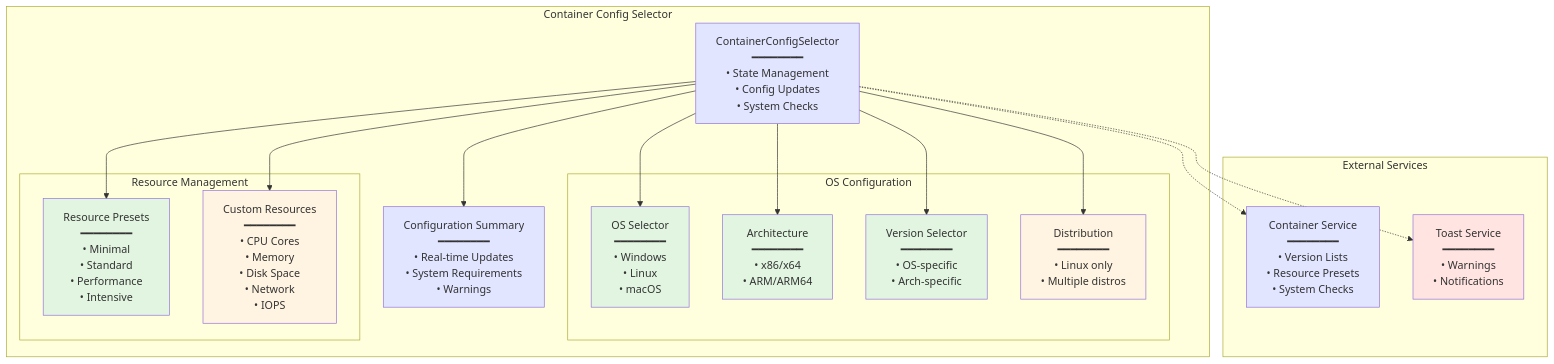
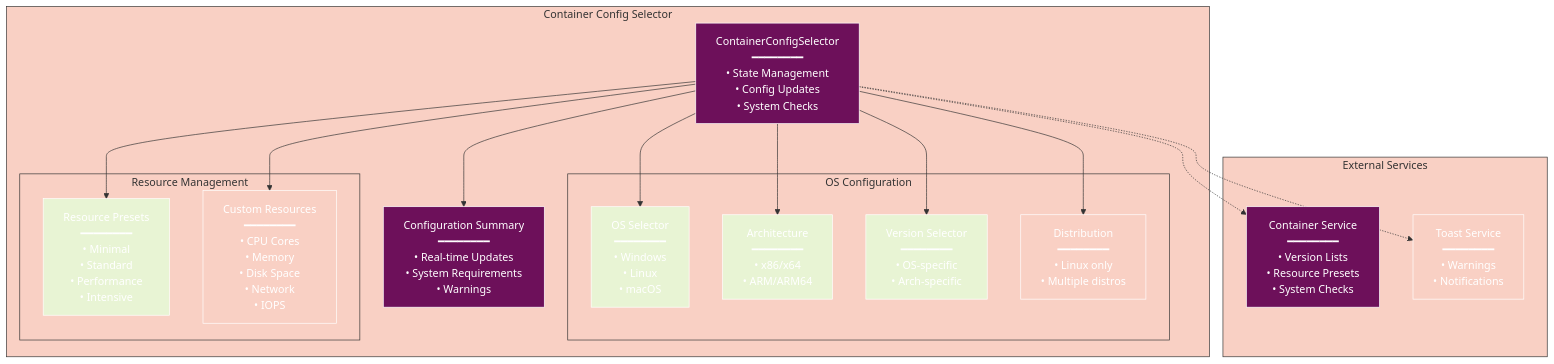
The first of 10 diagrams in docs/components/CONTAINER_CONFIG_SELECTOR.md (radicalkjax/Athena), drawn with Mermaid before and after one commit. The commit also changed other lines of this file and 27 other files, not shown here.

Commit message:
Introduction of expo package manager. Updated docs to reflect changes. Unified mermaid theme for docs.

````diff
--- a/docs/components/CONTAINER_CONFIG_SELECTOR.md
+++ b/docs/components/CONTAINER_CONFIG_SELECTOR.md
@@ -7,47 +7,68 @@
 ```mermaid
+%%{init: {
+  'theme': 'base',
+  'themeVariables': {
+    'primaryColor': '#6d105a',
+    'primaryTextColor': '#ffffff',
+    'primaryBorderColor': '#ffffff',
+    'lineColor': '#333333',
+    'secondaryColor': '#e8f4d4',
+    'secondaryTextColor': '#333333',
+    'secondaryBorderColor': '#333333',
+    'tertiaryColor': '#f9d0c4',
+    'tertiaryTextColor': '#333333',
+    'tertiaryBorderColor': '#333333',
+    'background': '#ffffff',
+    'mainBkg': '#6d105a',
+    'secondBkg': '#e8f4d4',
+    'tertiaryBkg': '#f9d0c4',
+    'textColor': '#333333',
+    'fontFamily': 'Arial, sans-serif'
+  }
+}}%%
 graph TB
     subgraph "Container Config Selector"
         CCS[ContainerConfigSelector<br/>━━━━━━━━<br/>• State Management<br/>• Config Updates<br/>• System Checks]
         
         subgraph "OS Configuration"
             OS[OS Selector<br/>━━━━━━━━<br/>• Windows<br/>• Linux<br/>• macOS]
             ARCH[Architecture<br/>━━━━━━━━<br/>• x86/x64<br/>• ARM/ARM64]
             VER[Version Selector<br/>━━━━━━━━<br/>• OS-specific<br/>• Arch-specific]
             DIST[Distribution<br/>━━━━━━━━<br/>• Linux only<br/>• Multiple distros]
         end
         
         subgraph "Resource Management"
             PRESET[Resource Presets<br/>━━━━━━━━<br/>• Minimal<br/>• Standard<br/>• Performance<br/>• Intensive]
             CUSTOM[Custom Resources<br/>━━━━━━━━<br/>• CPU Cores<br/>• Memory<br/>• Disk Space<br/>• Network<br/>• IOPS]
         end
         
         SUMMARY[Configuration Summary<br/>━━━━━━━━<br/>• Real-time Updates<br/>• System Requirements<br/>• Warnings]
     end
     
     subgraph "External Services"
         CS[Container Service<br/>━━━━━━━━<br/>• Version Lists<br/>• Resource Presets<br/>• System Checks]
         TOAST[Toast Service<br/>━━━━━━━━<br/>• Warnings<br/>• Notifications]
     end
     
     CCS --> OS
     CCS --> ARCH
     CCS --> VER
     CCS --> DIST
     CCS --> PRESET
     CCS --> CUSTOM
     CCS --> SUMMARY
     
     CCS -.-> CS
     CCS -.-> TOAST
     
-    style CCS fill:#e1e5ff
-    style OS fill:#e1f5e1
-    style ARCH fill:#e1f5e1
-    style VER fill:#e1f5e1
-    style DIST fill:#fff4e1
-    style PRESET fill:#e1f5e1
-    style CUSTOM fill:#fff4e1
-    style SUMMARY fill:#e1e5ff
-    style CS fill:#e1e5ff
-    style TOAST fill:#ffe4e1
+    style CCS fill:#6d105a
+    style OS fill:#e8f4d4
+    style ARCH fill:#e8f4d4
+    style VER fill:#e8f4d4
+    style DIST fill:#f9d0c4
+    style PRESET fill:#e8f4d4
+    style CUSTOM fill:#f9d0c4
+    style SUMMARY fill:#6d105a
+    style CS fill:#6d105a
+    style TOAST fill:#f9d0c4
 ```
````
